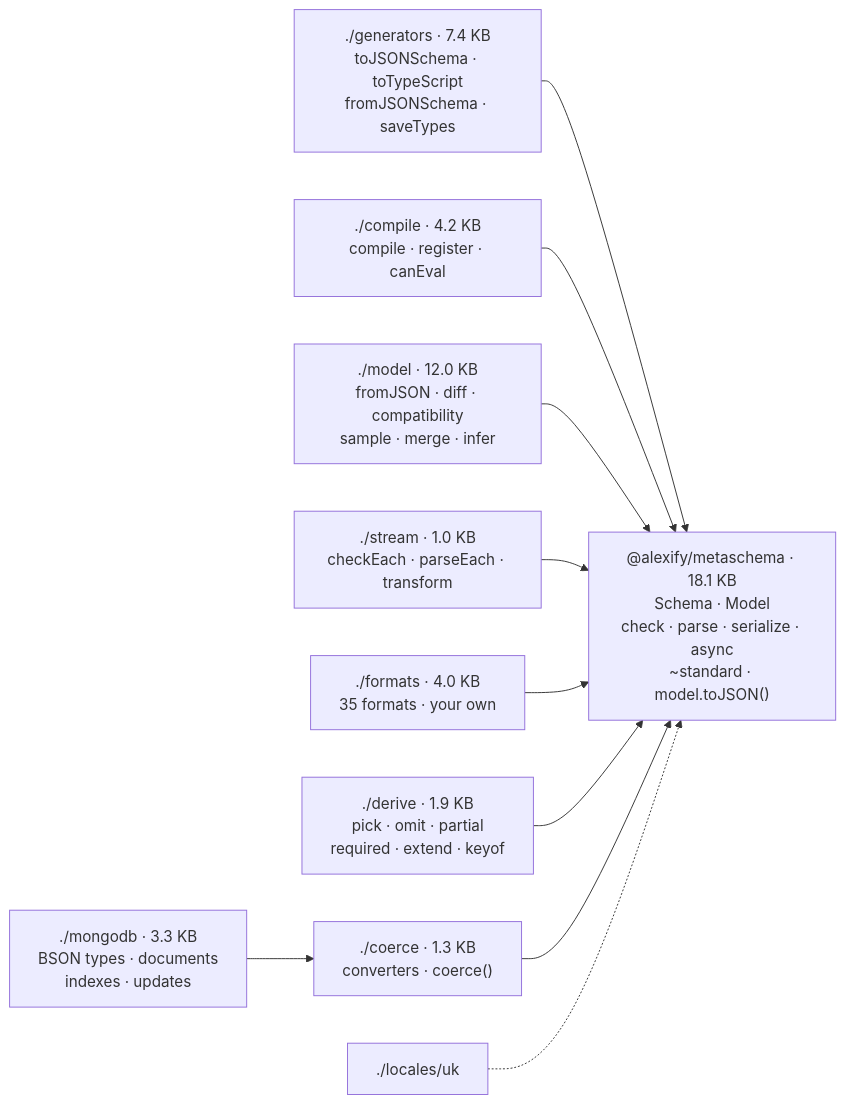
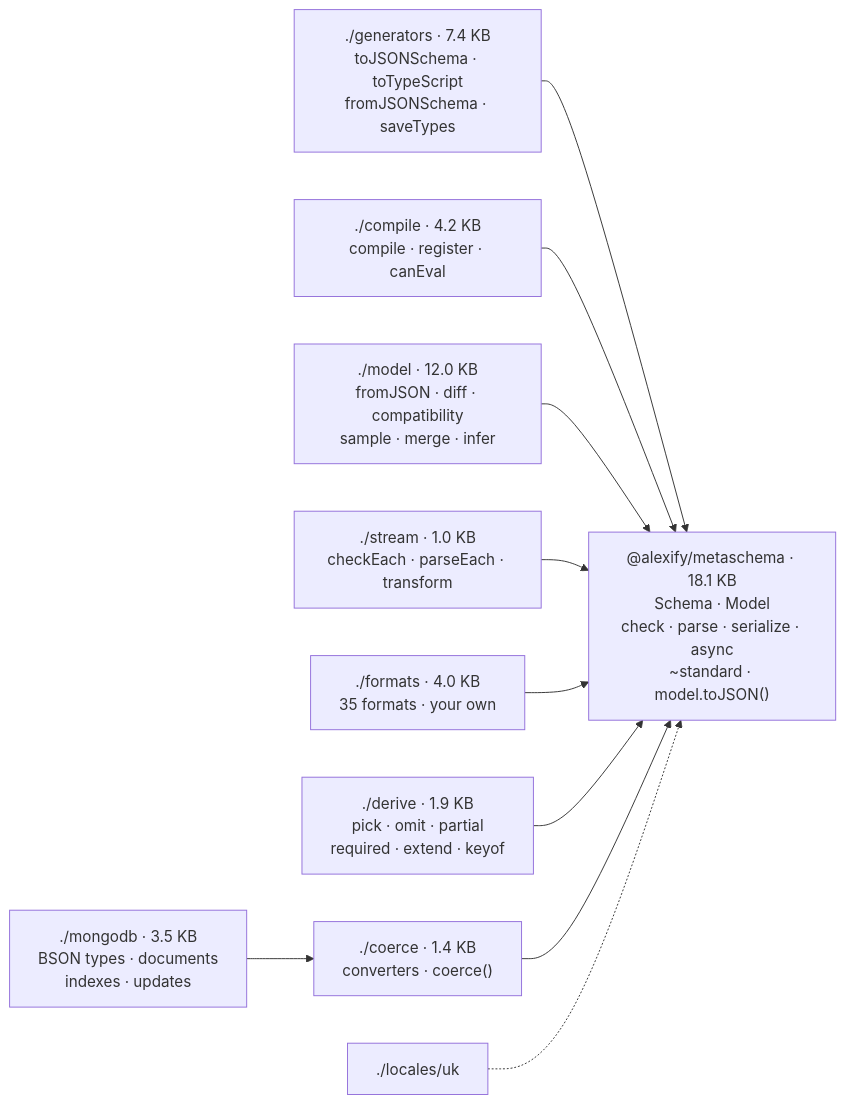
The second of 9 diagrams in docs/guide/architecture.md (Alexis-Technologies/metaschema), drawn with Mermaid before and after one commit. The commit also changed 26 other files, not shown here.

````diff
--- a/docs/guide/architecture.md
+++ b/docs/guide/architecture.md
@@ -38,13 +38,13 @@
 ```mermaid
 flowchart LR
     GEN["./generators · 7.4 KB<br/>toJSONSchema · toTypeScript<br/>fromJSONSchema · saveTypes"] --> CORE
     COMP["./compile · 4.2 KB<br/>compile · register · canEval"] --> CORE
     MOD["./model · 12.0 KB<br/>fromJSON · diff · compatibility<br/>sample · merge · infer"] --> CORE
     STR["./stream · 1.0 KB<br/>checkEach · parseEach · transform"] --> CORE
     FMT["./formats · 4.0 KB<br/>35 formats · your own"] --> CORE
     DER["./derive · 1.9 KB<br/>pick · omit · partial<br/>required · extend · keyof"] --> CORE
-    COE["./coerce · 1.3 KB<br/>converters · coerce()"] --> CORE
-    MDB["./mongodb · 3.3 KB<br/>BSON types · documents<br/>indexes · updates"] --> COE
+    COE["./coerce · 1.4 KB<br/>converters · coerce()"] --> CORE
+    MDB["./mongodb · 3.5 KB<br/>BSON types · documents<br/>indexes · updates"] --> COE
     LOC["./locales/uk"] -.-> CORE
     CORE["@alexify/metaschema · 18.1 KB<br/>Schema · Model<br/>check · parse · serialize · async<br/>~standard · model.toJSON()"]
 ```
````
